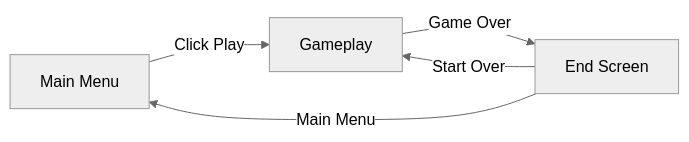
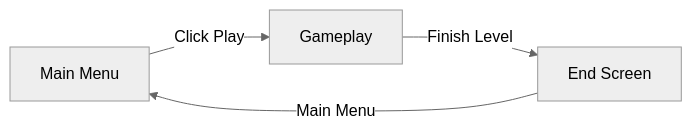
One commit to Justsomeguy241/Out-of-the-box changed the first of 4 diagrams in README.md. Above: the diagram before and after it, drawn with Mermaid (neutral theme).

````diff
--- a/README.md
+++ b/README.md
@@ -34,12 +34,11 @@
 ```mermaid
 flowchart LR
   mm[Main Menu]
   gp[Gameplay]
   es[End Screen]
 
   mm -- "Click Play" --> gp
-  gp -- "Game Over" --> es
-  es -- "Start Over" --> gp
+  gp -- "Finish Level" --> es
   es -- "Main Menu" --> mm
 
 ```
````
